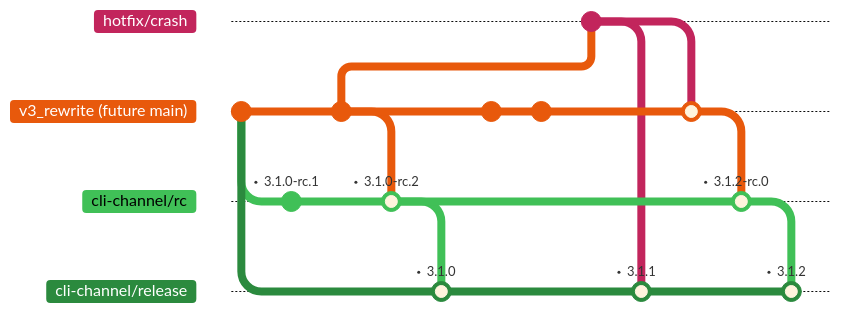
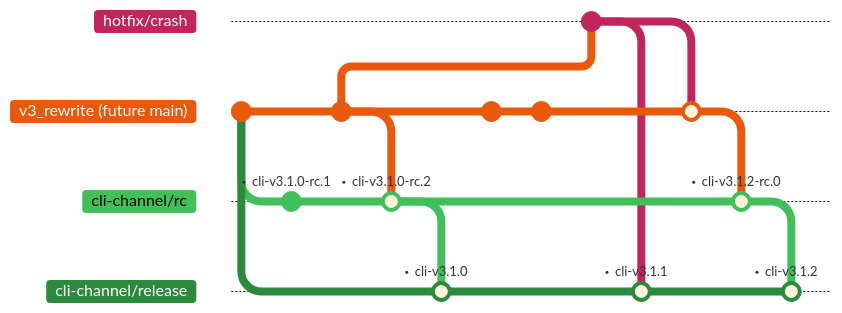
Before and after one commit to deephaven/deephaven-mcp: the second of 4 diagrams in docs/RELEASE_ARCHITECTURE.md, drawn with Mermaid. The commit also changed other lines of this file, not shown here. Commit ids are hidden.

Commit message:
docs: DH-24407: real cli-v tags in the branch diagrams

````diff
--- a/docs/RELEASE_ARCHITECTURE.md
+++ b/docs/RELEASE_ARCHITECTURE.md
@@ -93,42 +93,42 @@
 ```mermaid
 %%{init: {
   'theme': 'base',
   'gitGraph': {'mainBranchName': 'v3_rewrite (future main)', 'mainBranchOrder': 1, 'showCommitLabel': false},
   'themeVariables': {
     'git0': '#c2255c', 'gitBranchLabel0': '#ffffff',
     'git1': '#e8590c', 'gitBranchLabel1': '#ffffff',
     'git2': '#40c057', 'gitBranchLabel2': '#000000',
     'git3': '#2b8a3e', 'gitBranchLabel3': '#ffffff',
     'tagLabelBackground': 'transparent', 'tagLabelBorder': 'transparent',
     'tagLabelColor': '#333333', 'tagLabelFontSize': '13px'
   },
   'themeCSS': '.tag-hole { display: none; } .tag-label { font-weight: 600; } .tag-label, .tag-label-bkg { transform: translateY(42px); }'
 }}%%
 gitGraph
   commit
   branch cli-channel/release order: 3
   checkout "v3_rewrite (future main)"
   branch cli-channel/rc order: 2
-  commit tag: "3.1.0-rc.1"
+  commit tag: "cli-v3.1.0-rc.1"
   checkout "v3_rewrite (future main)"
   commit
   checkout cli-channel/rc
-  merge "v3_rewrite (future main)" tag: "3.1.0-rc.2"
+  merge "v3_rewrite (future main)" tag: "cli-v3.1.0-rc.2"
   checkout cli-channel/release
-  merge cli-channel/rc tag: "3.1.0"
+  merge cli-channel/rc tag: "cli-v3.1.0"
   checkout "v3_rewrite (future main)"
   branch hotfix/crash order: 0
   checkout "v3_rewrite (future main)"
   commit
   commit
   checkout hotfix/crash
   commit
   checkout cli-channel/release
-  merge hotfix/crash tag: "3.1.1"
+  merge hotfix/crash tag: "cli-v3.1.1"
   checkout "v3_rewrite (future main)"
   merge hotfix/crash
   checkout cli-channel/rc
-  merge "v3_rewrite (future main)" tag: "3.1.2-rc.0"
+  merge "v3_rewrite (future main)" tag: "cli-v3.1.2-rc.0"
   checkout cli-channel/release
-  merge cli-channel/rc tag: "3.1.2"
+  merge cli-channel/rc tag: "cli-v3.1.2"
 ```
````
